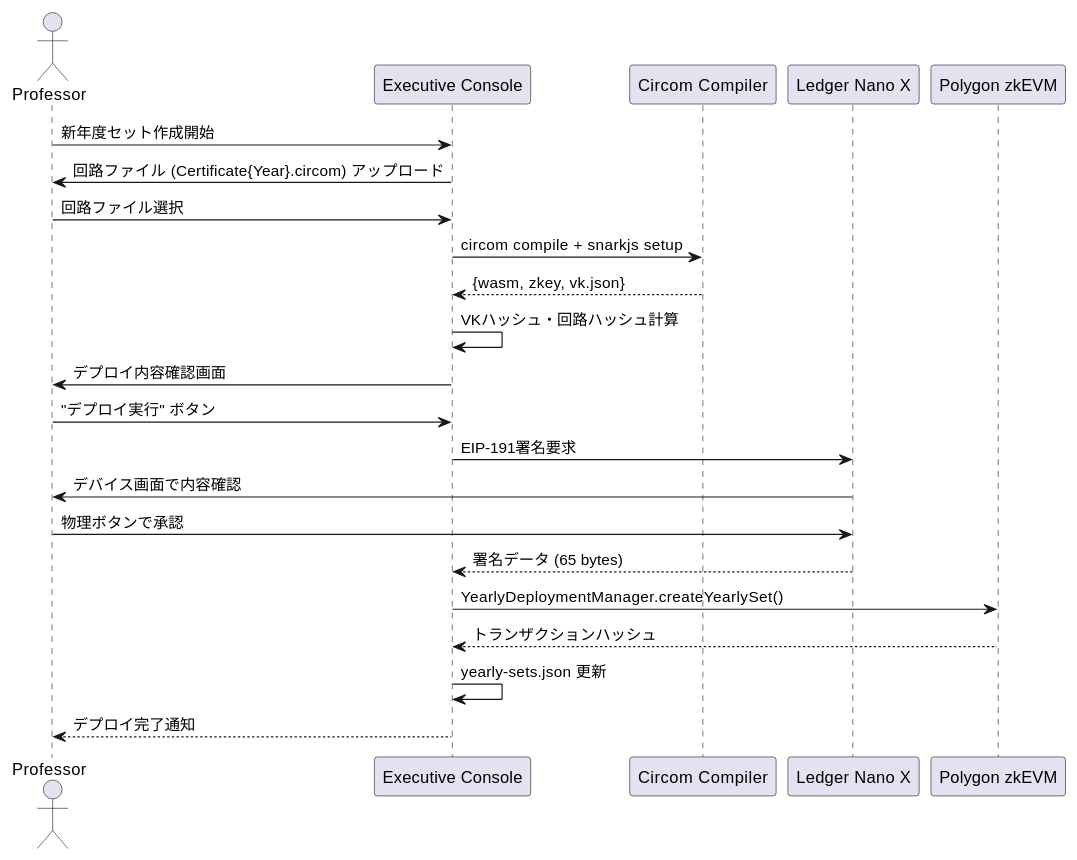
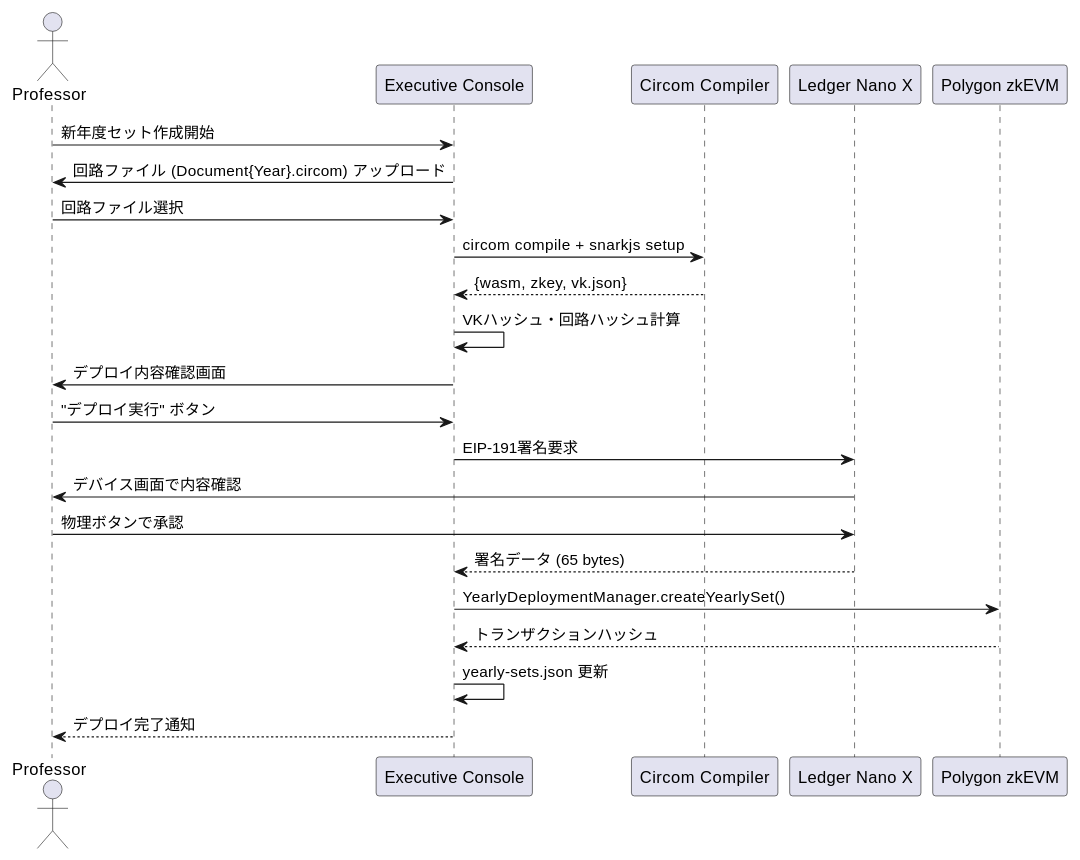
Before and after one commit to Blank-Vulture/Tri-CertFramework: the second of 2 diagrams in documents/ExecutiveConsole/FSD_Executive.md, drawn with PlantUML. The commit also changed other lines of this file and 14 other files, not shown here.

````diff
--- a/documents/ExecutiveConsole/FSD_Executive.md
+++ b/documents/ExecutiveConsole/FSD_Executive.md
@@ -134,26 +134,26 @@
 ```plantuml
 @startuml
 actor Professor
 participant "Executive Console" as EC
 participant "Circom Compiler" as CC
 participant "Ledger Nano X" as Ledger
 participant "Polygon zkEVM" as Chain
 
 Professor -> EC : 新年度セット作成開始
-EC -> Professor : 回路ファイル (Certificate{Year}.circom) アップロード
+EC -> Professor : 回路ファイル (Document{Year}.circom) アップロード
 Professor -> EC : 回路ファイル選択
 EC -> CC : circom compile + snarkjs setup
 CC --> EC : {wasm, zkey, vk.json}
 EC -> EC : VKハッシュ・回路ハッシュ計算
 EC -> Professor : デプロイ内容確認画面
 Professor -> EC : "デプロイ実行" ボタン
 EC -> Ledger : EIP-191署名要求
 Ledger -> Professor : デバイス画面で内容確認
 Professor -> Ledger : 物理ボタンで承認
 Ledger --> EC : 署名データ (65 bytes)
 EC -> Chain : YearlyDeploymentManager.createYearlySet()
 Chain --> EC : トランザクションハッシュ
 EC -> EC : yearly-sets.json 更新
 EC --> Professor : デプロイ完了通知
 @enduml
 ```
````
